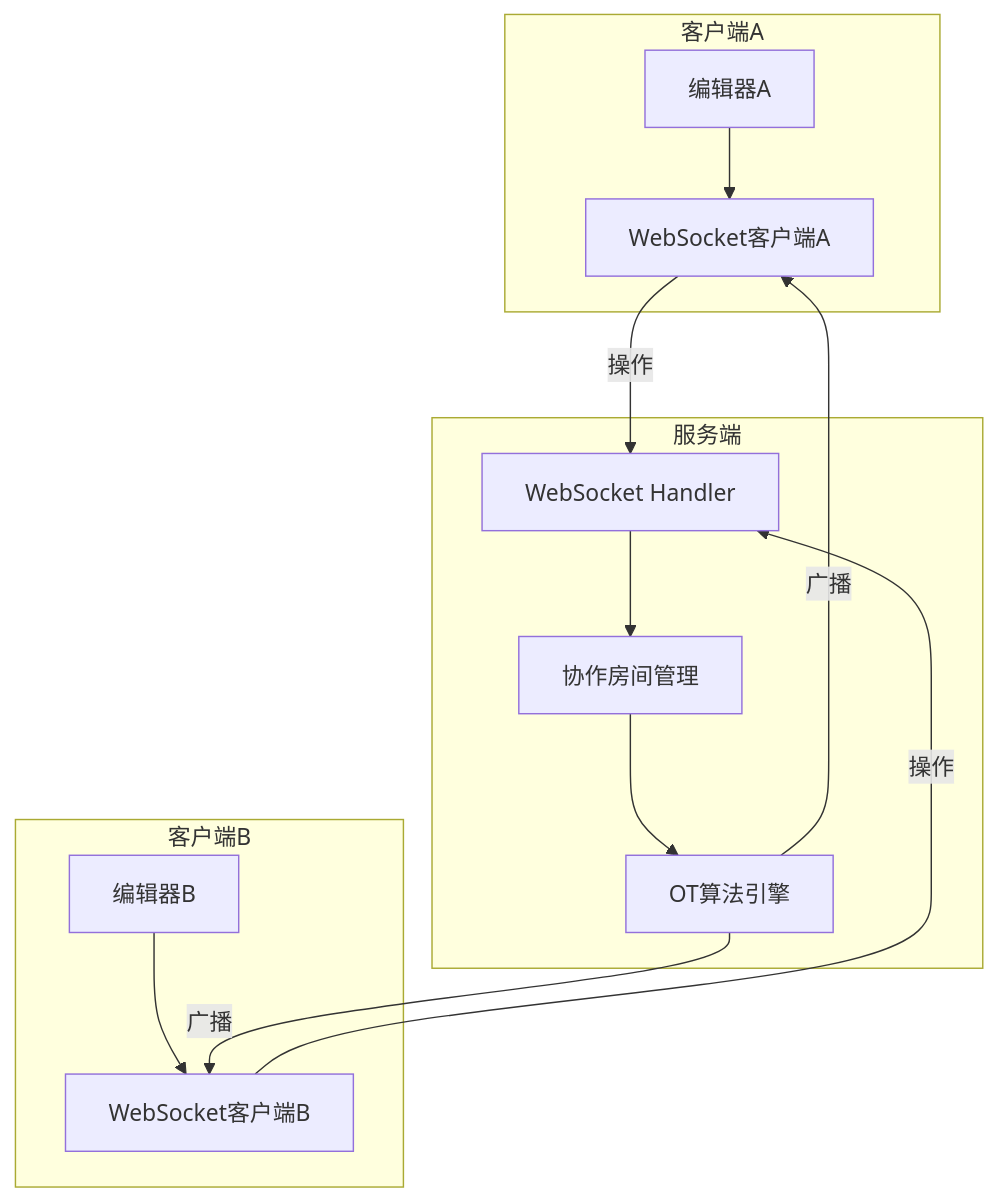
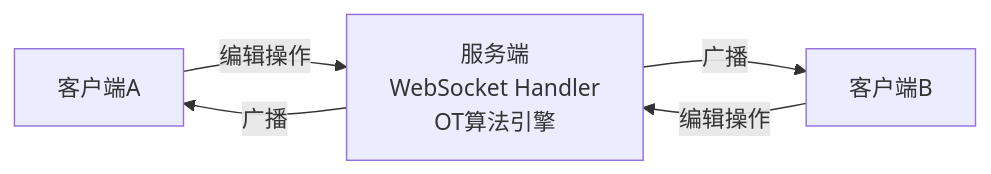
One commit to WZP358/Wiki changed the eighth of 10 diagrams in docs/系统架构设计文档.md. Above: the diagram before and after it, drawn with Mermaid. The commit also changed other lines of this file and 550 other files, not shown here.

````diff
--- a/docs/系统架构设计文档.md
+++ b/docs/系统架构设计文档.md
@@ -272,27 +219,7 @@
 ```mermaid
-graph TB
-    subgraph 客户端A
-        A1[编辑器A]
-        A2[WebSocket客户端A]
-    end
-
-    subgraph 客户端B
-        B1[编辑器B]
-        B2[WebSocket客户端B]
-    end
-
-    subgraph 服务端
-        S1[WebSocket Handler]
-        S2[协作房间管理]
-        S3[OT算法引擎]
-    end
-
-    A1 --> A2
-    B1 --> B2
-    A2 -->|操作| S1
-    B2 -->|操作| S1
-    S1 --> S2
-    S2 --> S3
-    S3 -->|广播| A2
-    S3 -->|广播| B2
+graph LR
+    A[客户端A] -->|编辑操作| S[服务端<br/>WebSocket Handler<br/>OT算法引擎]
+    B[客户端B] -->|编辑操作| S
+    S -->|广播| A
+    S -->|广播| B
 ```
````
